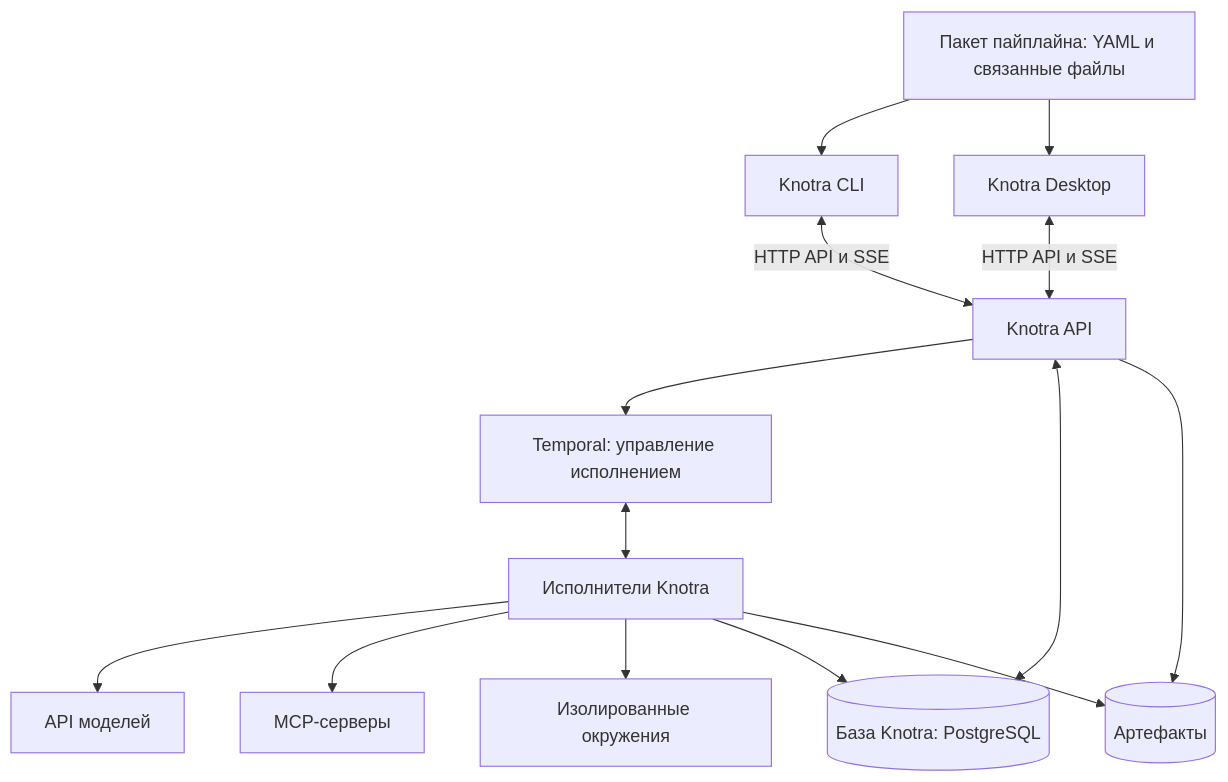
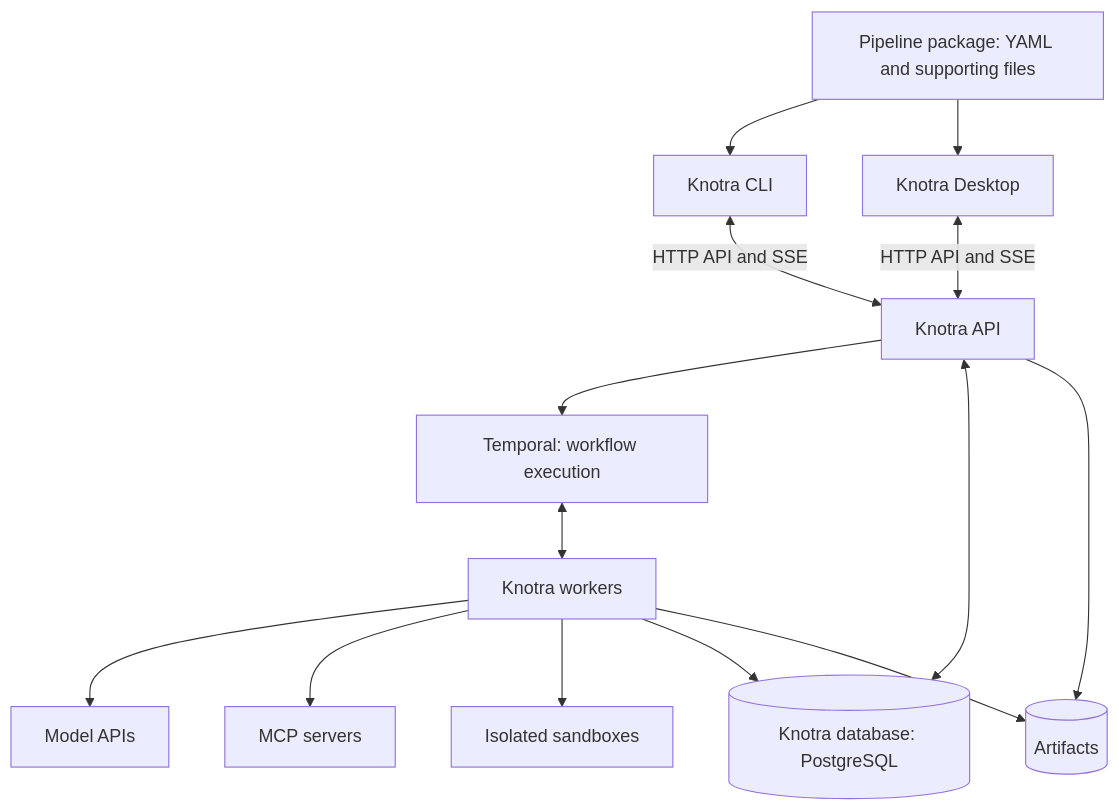
One commit to michael-bill/knotra changed the diagram in README.md. Above: the diagram before and after it, drawn with Mermaid. The commit also changed other lines of this file and 23 other files, not shown here.

````diff
--- a/README.md
+++ b/README.md
@@ -77,16 +83,16 @@
 ```mermaid
 flowchart TD
-    Package["Пакет пайплайна: YAML и связанные файлы"] --> CLI["Knotra CLI"]
+    Package["Pipeline package: YAML and supporting files"] --> CLI["Knotra CLI"]
     Package --> Desktop["Knotra Desktop"]
-    Desktop <-->|HTTP API и SSE| API
-    CLI <-->|HTTP API и SSE| API["Knotra API"]
-    API --> Temporal["Temporal: управление исполнением"]
-    Temporal <--> Workers["Исполнители Knotra"]
-    Workers --> Models["API моделей"]
-    Workers --> MCP["MCP-серверы"]
-    Workers --> Sandbox["Изолированные окружения"]
-    API <--> DB[("База Knotra: PostgreSQL")]
+    Desktop <-->|HTTP API and SSE| API
+    CLI <-->|HTTP API and SSE| API["Knotra API"]
+    API --> Temporal["Temporal: workflow execution"]
+    Temporal <--> Workers["Knotra workers"]
+    Workers --> Models["Model APIs"]
+    Workers --> MCP["MCP servers"]
+    Workers --> Sandbox["Isolated sandboxes"]
+    API <--> DB[("Knotra database: PostgreSQL")]
     Workers --> DB
-    API --> Artifacts[("Артефакты")]
+    API --> Artifacts[("Artifacts")]
     Workers --> Artifacts
 ```
````
